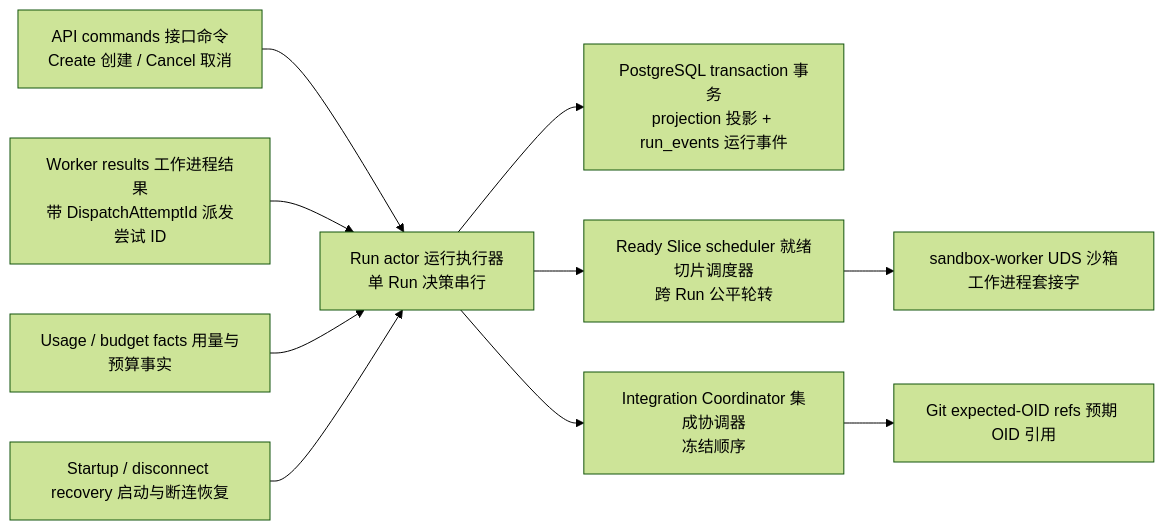
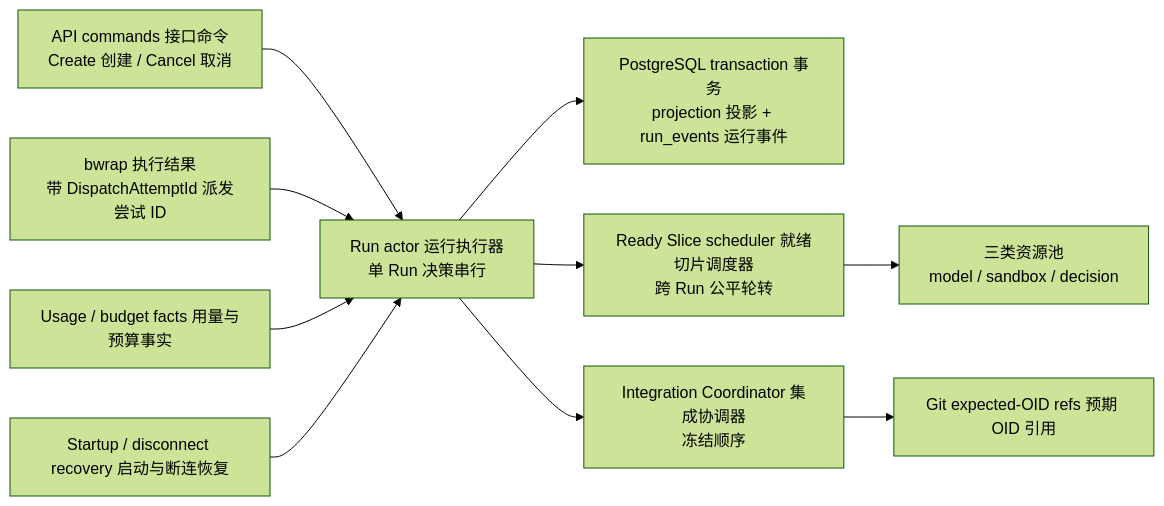
One commit to LT0X/CodeMigrator changed the diagram in my_space/codemigrator_design_doc/architecture_module_design/CodeMigrator_Harness总体设计.md. Above: the diagram before and after it, drawn with Mermaid (forest theme). The commit also changed other lines of this file and 55 other files, not shown here.

````diff
--- a/my_space/codemigrator_design_doc/architecture_module_design/CodeMigrator_Harness总体设计.md
+++ b/my_space/codemigrator_design_doc/architecture_module_design/CodeMigrator_Harness总体设计.md
@@ -27,12 +32,12 @@
 ```mermaid
 flowchart LR
     API["API commands 接口命令\nCreate 创建 / Cancel 取消"] --> Actor["Run actor 运行执行器\n单 Run 决策串行"]
-    Worker["Worker results 工作进程结果\n带 DispatchAttemptId 派发尝试 ID"] --> Actor
+    Exec["bwrap 执行结果\n带 DispatchAttemptId 派发尝试 ID"] --> Actor
     Budget["Usage / budget facts 用量与预算事实"] --> Actor
     Recovery["Startup / disconnect recovery 启动与断连恢复"] --> Actor
     Actor --> Tx["PostgreSQL transaction 事务\nprojection 投影 + run_events 运行事件"]
     Actor --> Scheduler["Ready Slice scheduler 就绪切片调度器\n跨 Run 公平轮转"]
-    Scheduler --> UDS["sandbox-worker UDS 沙箱工作进程套接字"]
+    Scheduler --> Pools["三类资源池\nmodel / sandbox / decision"]
     Actor --> Integrator["Integration Coordinator 集成协调器\n冻结顺序"]
     Integrator --> Git["Git expected-OID refs 预期 OID 引用"]
 ```
````
